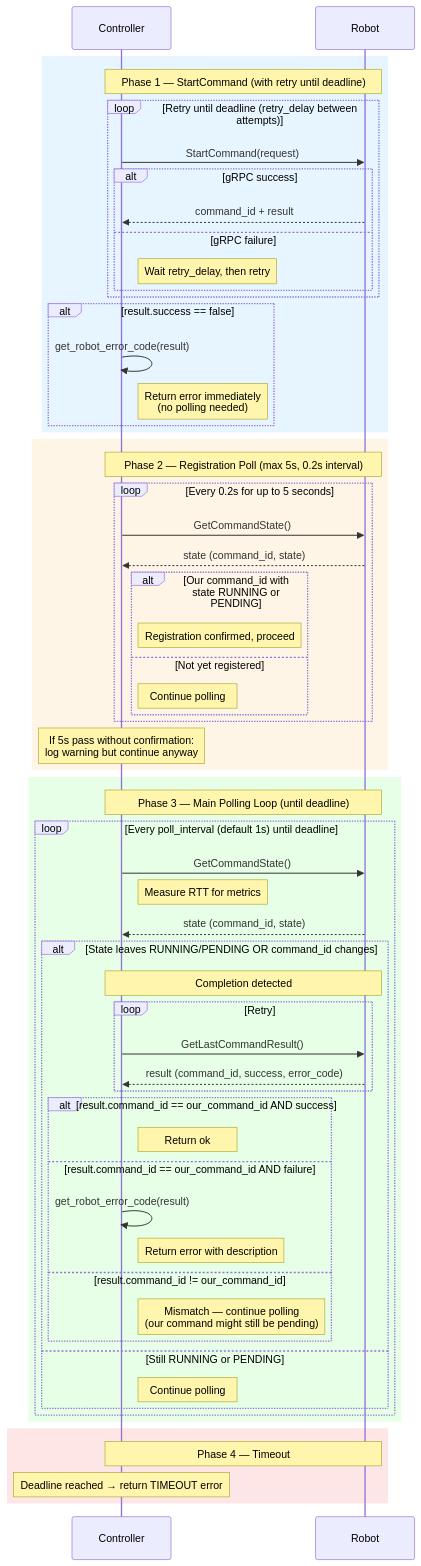
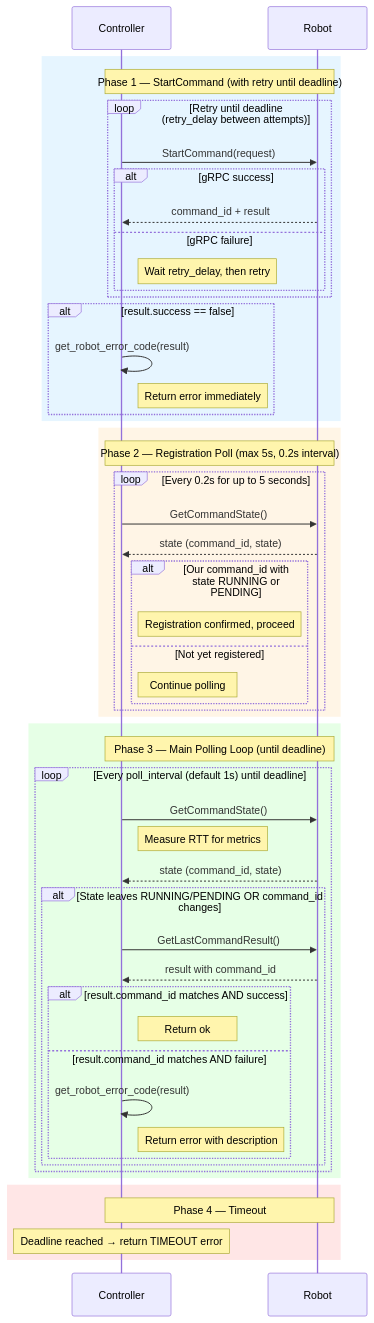
One commit to sigmarobotics/kachaka-sdk-toolkit changed the second of 6 diagrams in README.md. Above: the diagram before and after it, drawn with Mermaid. The commit also changed other lines of this file and 3 other files, not shown here.

````diff
--- a/README.md
+++ b/README.md
@@ -391,66 +456,58 @@
 ```mermaid
 sequenceDiagram
     participant Controller
     participant Robot
 
     rect rgb(230, 245, 255)
         Note over Controller, Robot: Phase 1 — StartCommand (with retry until deadline)
         loop Retry until deadline (retry_delay between attempts)
             Controller->>Robot: StartCommand(request)
             alt gRPC success
                 Robot-->>Controller: command_id + result
             else gRPC failure
                 Note right of Controller: Wait retry_delay, then retry
             end
         end
         alt result.success == false
             Controller->>Controller: get_robot_error_code(result)
-            Note right of Controller: Return error immediately<br/>(no polling needed)
+            Note right of Controller: Return error immediately
         end
     end
 
     rect rgb(255, 245, 230)
         Note over Controller, Robot: Phase 2 — Registration Poll (max 5s, 0.2s interval)
         loop Every 0.2s for up to 5 seconds
             Controller->>Robot: GetCommandState()
             Robot-->>Controller: state (command_id, state)
             alt Our command_id with state RUNNING or PENDING
                 Note right of Controller: Registration confirmed, proceed
             else Not yet registered
                 Note right of Controller: Continue polling
             end
         end
-        Note over Controller: If 5s pass without confirmation:<br/>log warning but continue anyway
     end
 
     rect rgb(230, 255, 230)
         Note over Controller, Robot: Phase 3 — Main Polling Loop (until deadline)
         loop Every poll_interval (default 1s) until deadline
             Controller->>Robot: GetCommandState()
             Note right of Controller: Measure RTT for metrics
             Robot-->>Controller: state (command_id, state)
             alt State leaves RUNNING/PENDING OR command_id changes
-                Note over Controller, Robot: Completion detected
-                loop Retry
-                    Controller->>Robot: GetLastCommandResult()
-                    Robot-->>Controller: result (command_id, success, error_code)
-                end
-                alt result.command_id == our_command_id AND success
+                Controller->>Robot: GetLastCommandResult()
+                Robot-->>Controller: result with command_id
+                alt result.command_id matches AND success
                     Note right of Controller: Return ok
-                else result.command_id == our_command_id AND failure
+                else result.command_id matches AND failure
                     Controller->>Controller: get_robot_error_code(result)
                     Note right of Controller: Return error with description
-                else result.command_id != our_command_id
-                    Note right of Controller: Mismatch — continue polling<br/>(our command might still be pending)
                 end
-            else Still RUNNING or PENDING
-                Note right of Controller: Continue polling
             end
         end
     end
 
     rect rgb(255, 230, 230)
         Note over Controller, Robot: Phase 4 — Timeout
         Note over Controller: Deadline reached → return TIMEOUT error
     end
 ```
````
